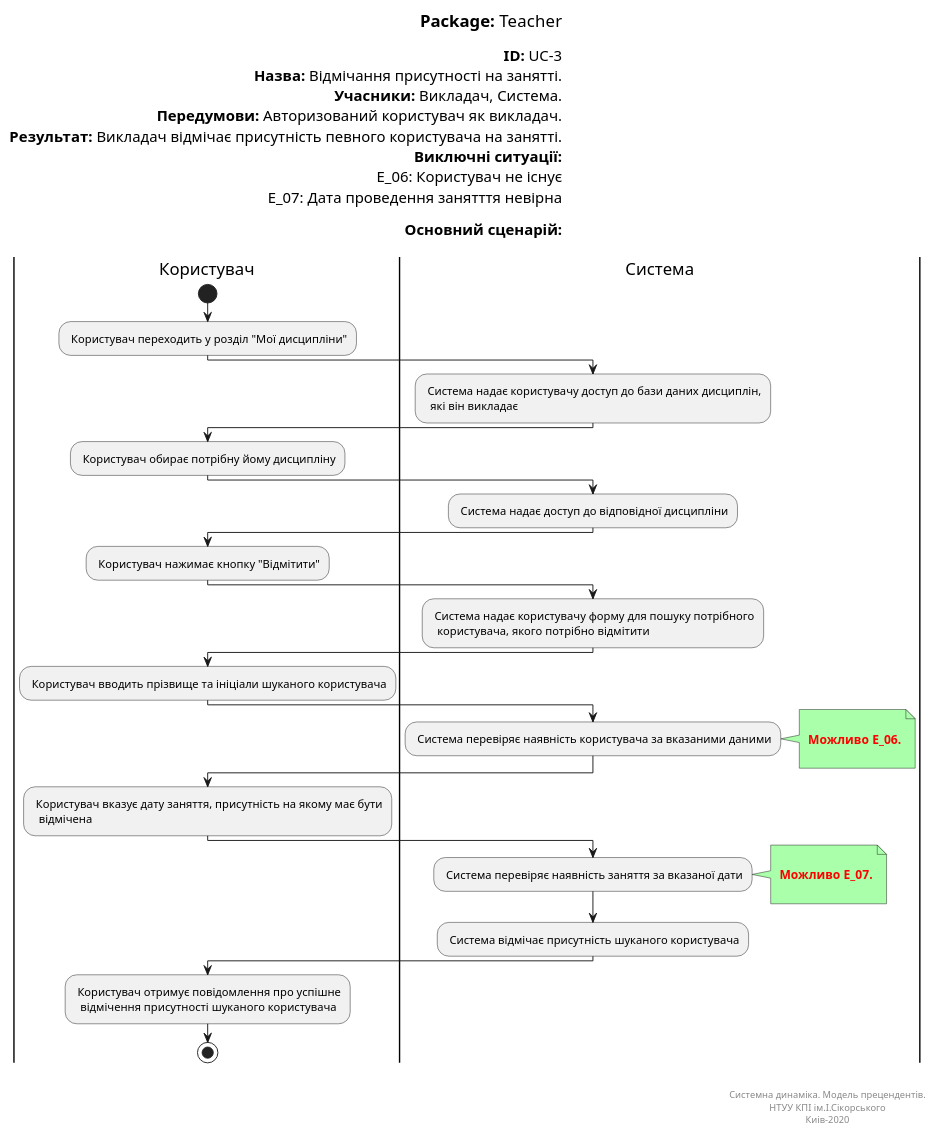
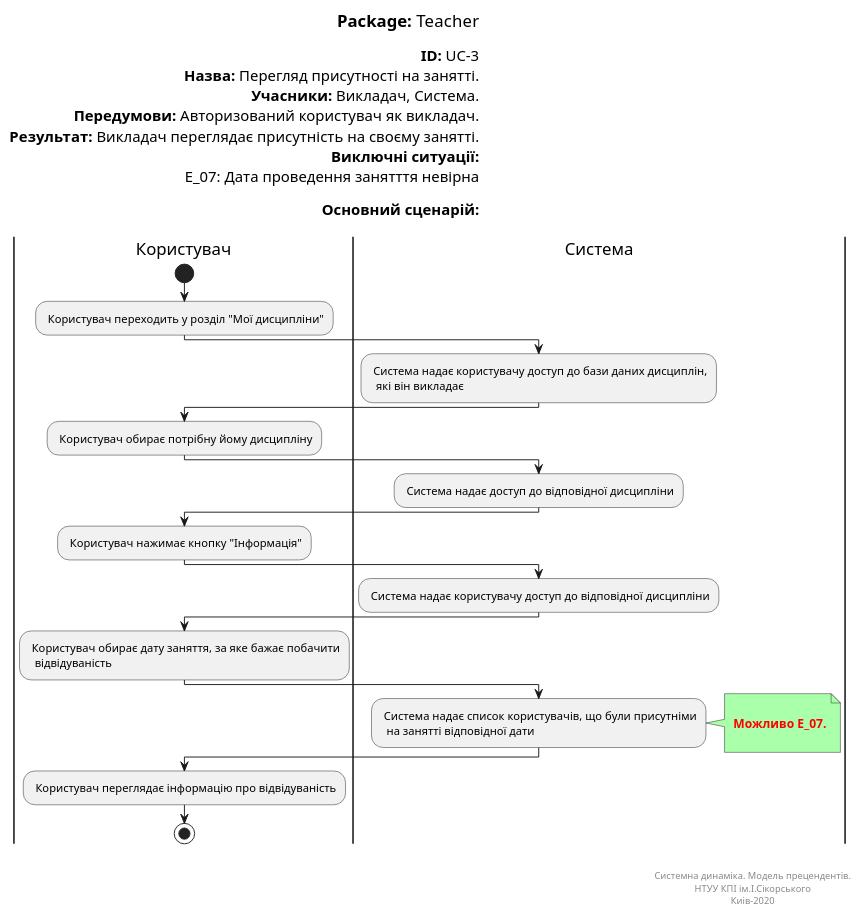
The diagram in docs/UML_Diagrams/scenarios/teacher/diagrams/UC_3.pu (vladlinu/TeamOne), drawn with PlantUML before and after one commit.

```diff
--- a/docs/UML_Diagrams/scenarios/teacher/diagrams/UC_3.pu
+++ b/docs/UML_Diagrams/scenarios/teacher/diagrams/UC_3.pu
@@ -1,80 +1,63 @@
 @startuml
 left header
 <font color=000 size=18><b>Package:</b> Teacher
 
 <font color=000 size=16><b>ID:</b> UC-3
-<font color=000 size=16><b>Назва:</b> Відмічання присутності на занятті.
+<font color=000 size=16><b>Назва:</b> Перегляд присутності на занятті.
 <font color=000 size=16><b>Учасники:</b> Викладач, Система.
 <font color=000 size=16><b>Передумови:</b> Авторизований користувач як викладач.
-<font color=000 size=16><b>Результат:</b> Викладач відмічає присутність певного користувача на занятті.
+<font color=000 size=16><b>Результат:</b> Викладач переглядає присутність на своєму занятті.
 <font color=000 size=16><b>Виключні ситуації:</b>
-<font color=000 size=16> E_06: Користувач не існує
 <font color=000 size=16> E_07: Дата проведення занятття невірна
 
 <font color=000 size=16><b>Основний сценарій:</b>
 
 end header
 
 |Користувач|
 start
 : Користувач переходить у розділ "Мої дисципліни";
 
 |Система|
 : Система надає користувачу доступ до бази даних дисциплін, 
   які він викладає;
    
 |Користувач|
 : Користувач обирає потрібну йому дисципліну;   
 
 |Система|
 : Система надає доступ до відповідної дисципліни;
 
 |Користувач|
-: Користувач нажимає кнопку "Відмітити";   
+: Користувач нажимає кнопку "Інформація";   
 
 |Система|
-: Система надає користувачу форму для пошуку потрібного
-  користувача, якого потрібно відмітити;
+: Система надає користувачу доступ до відповідної дисципліни;
+
 
 |Користувач|
-: Користувач вводить прізвище та ініціали шуканого користувача;
+: Користувач обирає дату заняття, за яке бажає побачити
+  відвідуваність;
 
 |Система|
-: Система перевіряє наявність користувача за вказаними даними;
-
+: Система надає список користувачів, що були присутніми
+  на занятті відповідної дати;
 note right #aaffaa
 
-<font color=red><b> Можливо E_06.
+<font color=red><b> Можливо E_07.
 
 end note
 
 |Користувач|
-: Користувач вказує дату заняття, присутність на якому має бути
-  відмічена;
+: Користувач переглядає інформацію про відвідуваність;  
   
-|Система|
-: Система перевіряє наявність заняття за вказаної дати;
-note right #aaffaa
-
-<font color=red><b> Можливо E_07.
-
-end note  
-
-|Система|  
-: Система відмічає присутність шуканого користувача;
-
-|Користувач|
-
-: Користувач отримує повідомлення про успішне
-  відмічення присутності шуканого користувача;
-
 stop;
 
 right footer
 
 
 Системна динаміка. Модель прецендентів.
 НТУУ КПІ ім.І.Сікорського
 Киів-2020
 end footer
 @enduml
```
